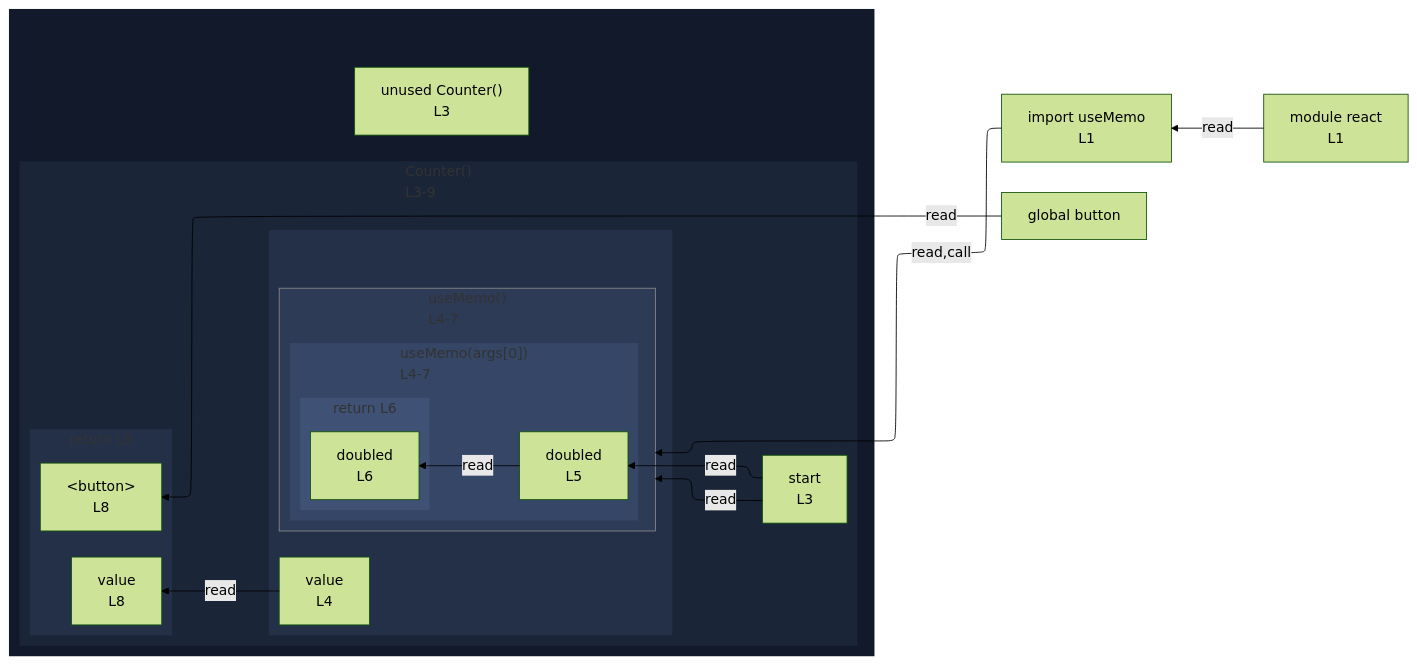
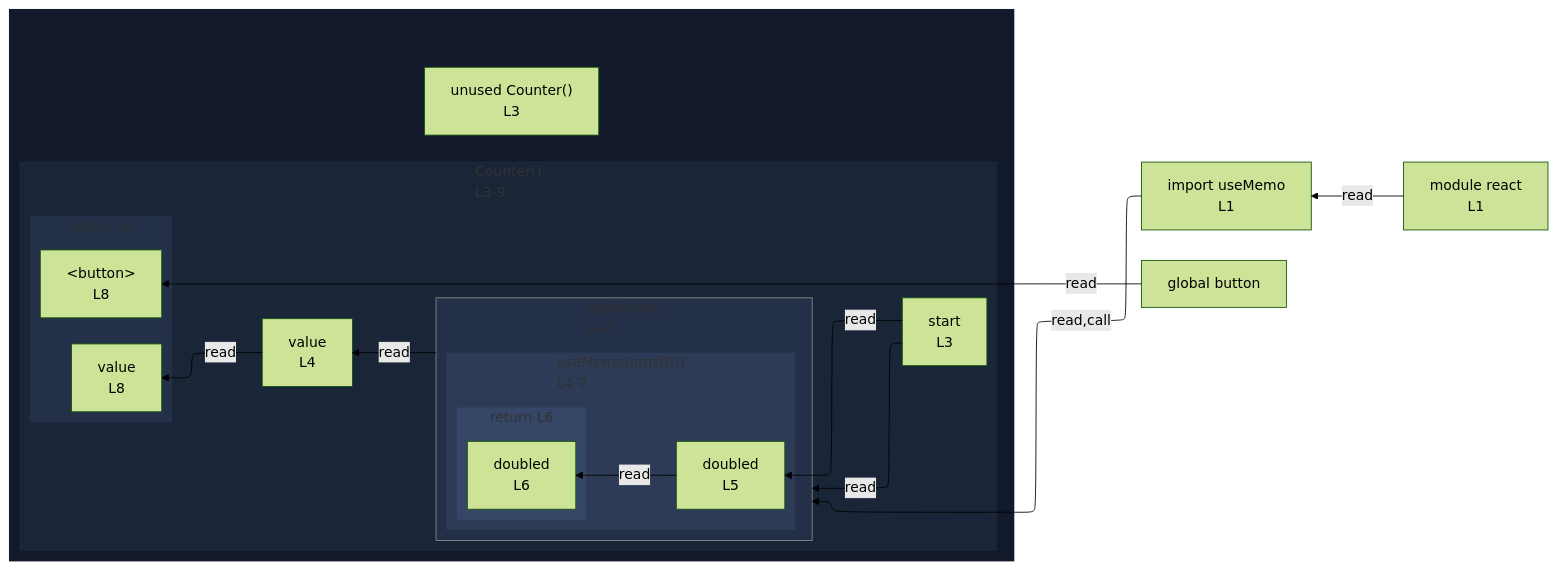
One commit to crescware/unsnarl changed the diagram in integration/fixtures/app-behavior/plugin/react/use-memo/preview.md. Above: the diagram before and after it, drawn with Mermaid (forest theme). The commit also changed 105 other files, not shown here.

````diff
--- a/integration/fixtures/app-behavior/plugin/react/use-memo/preview.md
+++ b/integration/fixtures/app-behavior/plugin/react/use-memo/preview.md
@@ -19,57 +19,53 @@
 ```mermaid
 %%{init: {"flowchart": {"defaultRenderer": "elk"}}}%%
 flowchart RL
   n_scope_0_useMemo_9["import useMemo<br/>L1"]
   n_scope_0_button_194["global button"]
   subgraph wrap_s_scope_1[" "]
     direction TB
     n_scope_0_Counter_40["unused Counter()<br/>L3"]
     subgraph s_scope_1["Counter()<br/>L3-9"]
       direction RL
       n_scope_1_start_53["start<br/>L3"]
-      subgraph wrap_call_proxy_102[" "]
-        direction TB
-        n_scope_1_value_94["value<br/>L4"]
-        subgraph call_proxy_102["useMemo()<br/>L4-7"]
+      n_scope_1_value_94["value<br/>L4"]
+      subgraph call_proxy_102["useMemo()<br/>L4-7"]
+        direction RL
+        subgraph s_scope_2["useMemo(args[0])<br/>L4-7"]
           direction RL
-          subgraph s_scope_2["useMemo(args[0])<br/>L4-7"]
+          n_scope_2_doubled_128["doubled<br/>L5"]
+          subgraph s_return_scope_0_Counter_40_153_168["return L6"]
             direction RL
-            n_scope_2_doubled_128["doubled<br/>L5"]
-            subgraph s_return_scope_0_Counter_40_153_168["return L6"]
-              direction RL
-              ret_use_ref_5["doubled<br/>L6"]
-            end
+            ret_use_ref_5["doubled<br/>L6"]
           end
         end
       end
       subgraph s_return_scope_0_Counter_40_186_218["return L8"]
         direction RL
         ret_use_ref_7["&lt;button&gt;<br/>L8"]
         ret_use_ref_8["value<br/>L8"]
       end
     end
   end
+  call_proxy_102 -->|read| n_scope_1_value_94
   n_scope_0_useMemo_9 -->|read,call| call_proxy_102
   n_scope_1_start_53 -->|read| n_scope_2_doubled_128
   n_scope_2_doubled_128 -->|read| ret_use_ref_5
   n_scope_1_start_53 -->|read| call_proxy_102
   n_scope_0_button_194 -->|read| ret_use_ref_7
   n_scope_1_value_94 -->|read| ret_use_ref_8
   mod_react["module react<br/>L1"]
   mod_react -->|read| n_scope_0_useMemo_9
   classDef nestL1 fill:#11192a,stroke:transparent;
   class wrap_s_scope_1 nestL1;
   classDef nestL2 fill:#1a2538,stroke:transparent;
   class s_scope_1 nestL2;
   classDef nestL3 fill:#243047,stroke:transparent;
-  class wrap_call_proxy_102 nestL3;
+  class call_proxy_102 nestL3;
   class s_return_scope_0_Counter_40_186_218 nestL3;
   classDef nestL4 fill:#2d3b57,stroke:transparent;
-  class call_proxy_102 nestL4;
+  class s_scope_2 nestL4;
   classDef nestL5 fill:#364666,stroke:transparent;
-  class s_scope_2 nestL5;
-  classDef nestL6 fill:#3f5175,stroke:transparent;
-  class s_return_scope_0_Counter_40_153_168 nestL6;
+  class s_return_scope_0_Counter_40_153_168 nestL5;
   classDef edgeTargetSubgraph stroke:#888;
   class call_proxy_102 edgeTargetSubgraph;
 ```
````
